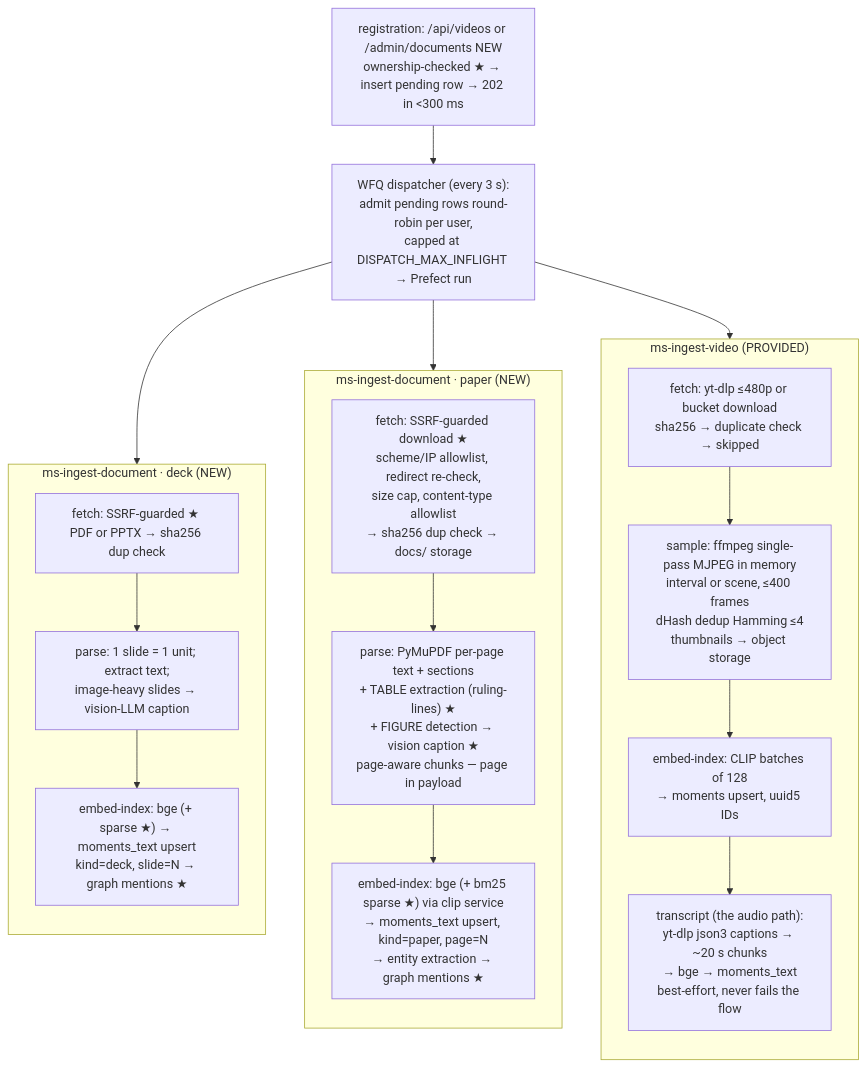
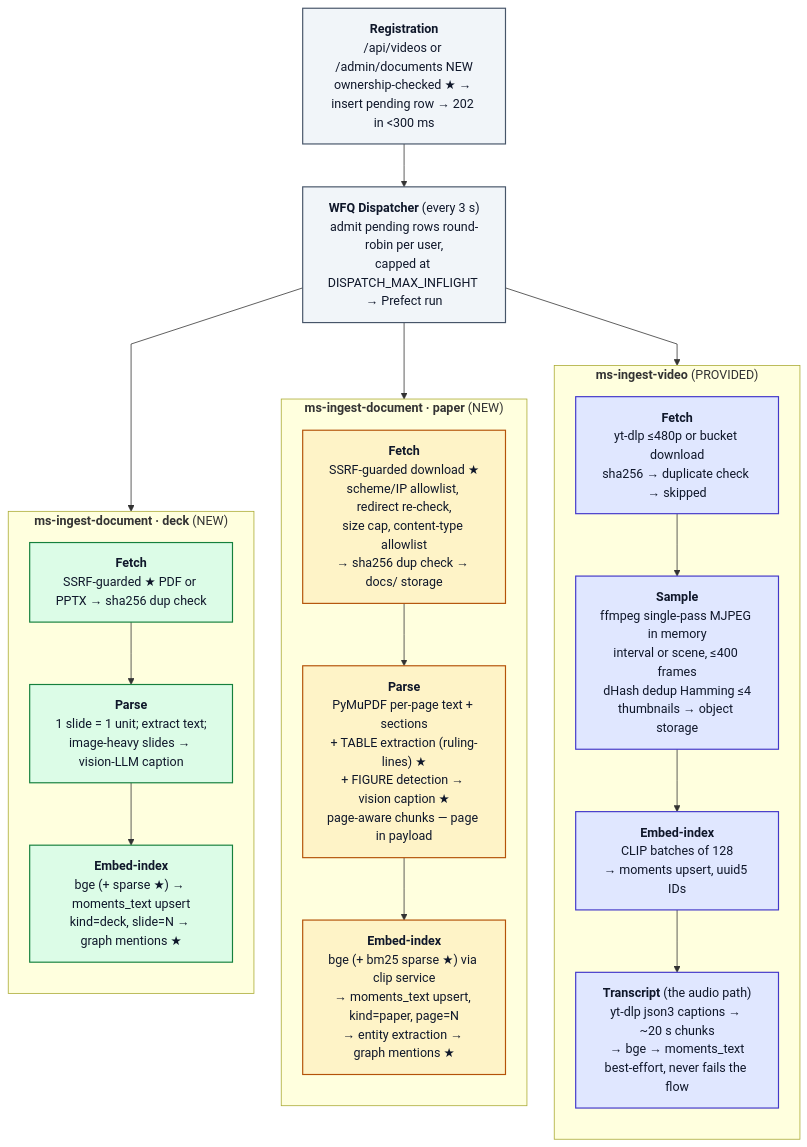
The fifth of 8 diagrams in ARCHITECTURE.md (Bhardwaj-Saurabh/ScholarMomentSearch), drawn with Mermaid before and after one commit. The commit also changed other lines of this file, not shown here.

Commit message:
Polish HLD/mermaid diagrams: straight edges, bold headers, unified legend/palette

````diff
--- a/ARCHITECTURE.md
+++ b/ARCHITECTURE.md
@@ -392,35 +428,41 @@
 ```mermaid
+%%{init: {'flowchart': {'curve': 'linear', 'nodeSpacing': 35, 'rankSpacing': 55}}}%%
 flowchart TB
-  REG["registration: /api/videos or /admin/documents NEW<br/>ownership-checked ★ → insert pending row → 202 in &lt;300 ms"] --> DISP
+  classDef reg fill:#f1f5f9,stroke:#475569,stroke-width:1.5px,color:#0f172a
+  classDef video fill:#e0e7ff,stroke:#4338ca,stroke-width:1.5px,color:#0f172a
+  classDef paper fill:#fef3c7,stroke:#b45309,stroke-width:1.5px,color:#0f172a
+  classDef deck fill:#dcfce7,stroke:#15803d,stroke-width:1.5px,color:#0f172a
 
-  DISP["WFQ dispatcher (every 3 s):<br/>admit pending rows round-robin per user,<br/>capped at DISPATCH_MAX_INFLIGHT → Prefect run"]
+  REG["<b>Registration</b><br/>/api/videos or /admin/documents NEW<br/>ownership-checked ★ → insert pending row → 202 in &lt;300 ms"]:::reg --> DISP
 
-  subgraph VF ["ms-ingest-video (PROVIDED)"]
+  DISP["<b>WFQ Dispatcher</b> (every 3 s)<br/>admit pending rows round-robin per user,<br/>capped at DISPATCH_MAX_INFLIGHT → Prefect run"]:::reg
+
+  subgraph VF ["<b>ms-ingest-video</b> (PROVIDED)"]
     direction TB
-    V1["fetch: yt-dlp ≤480p or bucket download<br/>sha256 → duplicate check → skipped"]
-    V2["sample: ffmpeg single-pass MJPEG in memory<br/>interval or scene, ≤400 frames<br/>dHash dedup Hamming ≤4<br/>thumbnails → object storage"]
-    V3["embed-index: CLIP batches of 128<br/>→ moments upsert, uuid5 IDs"]
-    V4["transcript (the audio path):<br/>yt-dlp json3 captions → ~20 s chunks<br/>→ bge → moments_text<br/>best-effort, never fails the flow"]
+    V1["<b>Fetch</b><br/>yt-dlp ≤480p or bucket download<br/>sha256 → duplicate check → skipped"]:::video
+    V2["<b>Sample</b><br/>ffmpeg single-pass MJPEG in memory<br/>interval or scene, ≤400 frames<br/>dHash dedup Hamming ≤4<br/>thumbnails → object storage"]:::video
+    V3["<b>Embed-index</b><br/>CLIP batches of 128<br/>→ moments upsert, uuid5 IDs"]:::video
+    V4["<b>Transcript</b> (the audio path)<br/>yt-dlp json3 captions → ~20 s chunks<br/>→ bge → moments_text<br/>best-effort, never fails the flow"]:::video
     V1 --> V2 --> V3 --> V4
   end
 
-  subgraph PF ["ms-ingest-document · paper (NEW)"]
+  subgraph PF ["<b>ms-ingest-document · paper</b> (NEW)"]
     direction TB
-    P0["fetch: SSRF-guarded download ★<br/>scheme/IP allowlist, redirect re-check,<br/>size cap, content-type allowlist<br/>→ sha256 dup check → docs/ storage"]
-    P1["parse: PyMuPDF per-page text + sections<br/>+ TABLE extraction (ruling-lines) ★<br/>+ FIGURE detection → vision caption ★<br/>page-aware chunks — page in payload"]
-    P2["embed-index: bge (+ bm25 sparse ★) via clip service<br/>→ moments_text upsert, kind=paper, page=N<br/>→ entity extraction → graph mentions ★"]
+    P0["<b>Fetch</b><br/>SSRF-guarded download ★<br/>scheme/IP allowlist, redirect re-check,<br/>size cap, content-type allowlist<br/>→ sha256 dup check → docs/ storage"]:::paper
+    P1["<b>Parse</b><br/>PyMuPDF per-page text + sections<br/>+ TABLE extraction (ruling-lines) ★<br/>+ FIGURE detection → vision caption ★<br/>page-aware chunks — page in payload"]:::paper
+    P2["<b>Embed-index</b><br/>bge (+ bm25 sparse ★) via clip service<br/>→ moments_text upsert, kind=paper, page=N<br/>→ entity extraction → graph mentions ★"]:::paper
     P0 --> P1 --> P2
   end
 
-  subgraph DF ["ms-ingest-document · deck (NEW)"]
+  subgraph DF ["<b>ms-ingest-document · deck</b> (NEW)"]
     direction TB
-    D0["fetch: SSRF-guarded ★ PDF or PPTX → sha256 dup check"]
-    D1["parse: 1 slide = 1 unit; extract text;<br/>image-heavy slides → vision-LLM caption"]
-    D2["embed-index: bge (+ sparse ★) → moments_text upsert<br/>kind=deck, slide=N → graph mentions ★"]
+    D0["<b>Fetch</b><br/>SSRF-guarded ★ PDF or PPTX → sha256 dup check"]:::deck
+    D1["<b>Parse</b><br/>1 slide = 1 unit; extract text;<br/>image-heavy slides → vision-LLM caption"]:::deck
+    D2["<b>Embed-index</b><br/>bge (+ sparse ★) → moments_text upsert<br/>kind=deck, slide=N → graph mentions ★"]:::deck
     D0 --> D1 --> D2
   end
 
   DISP --> V1
   DISP --> P0
   DISP --> D0
 ```
````
